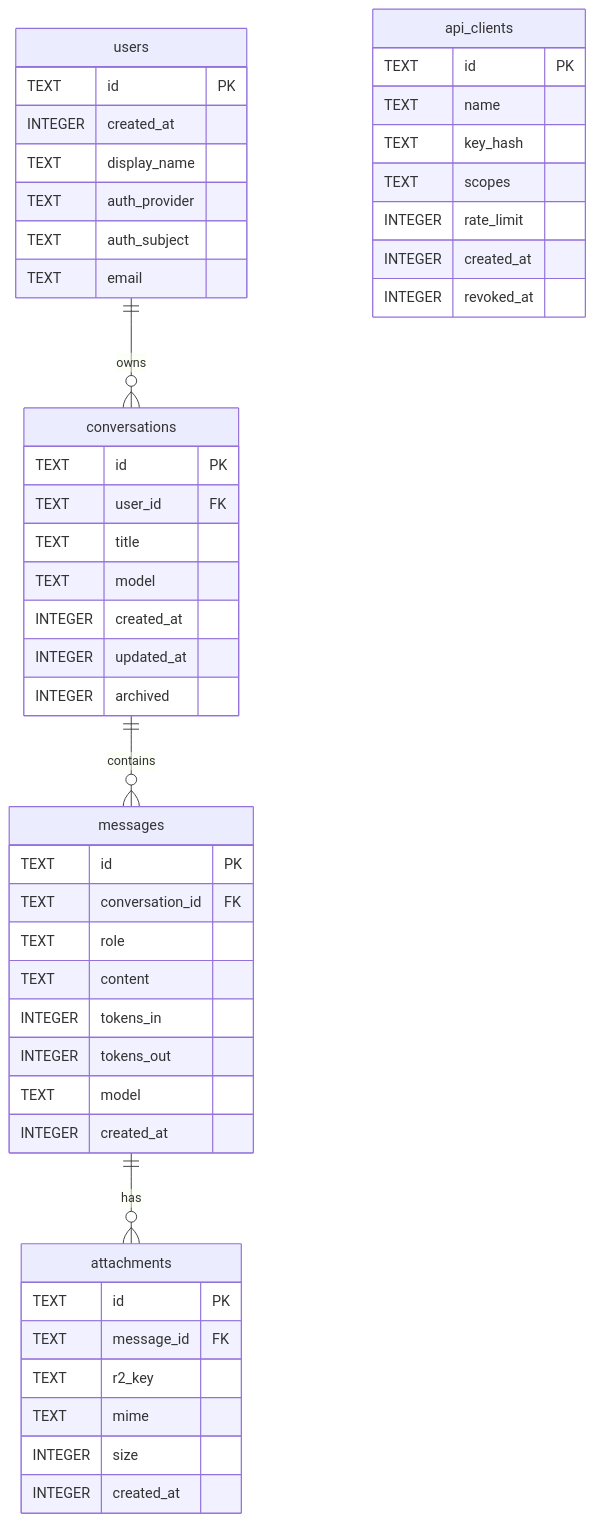
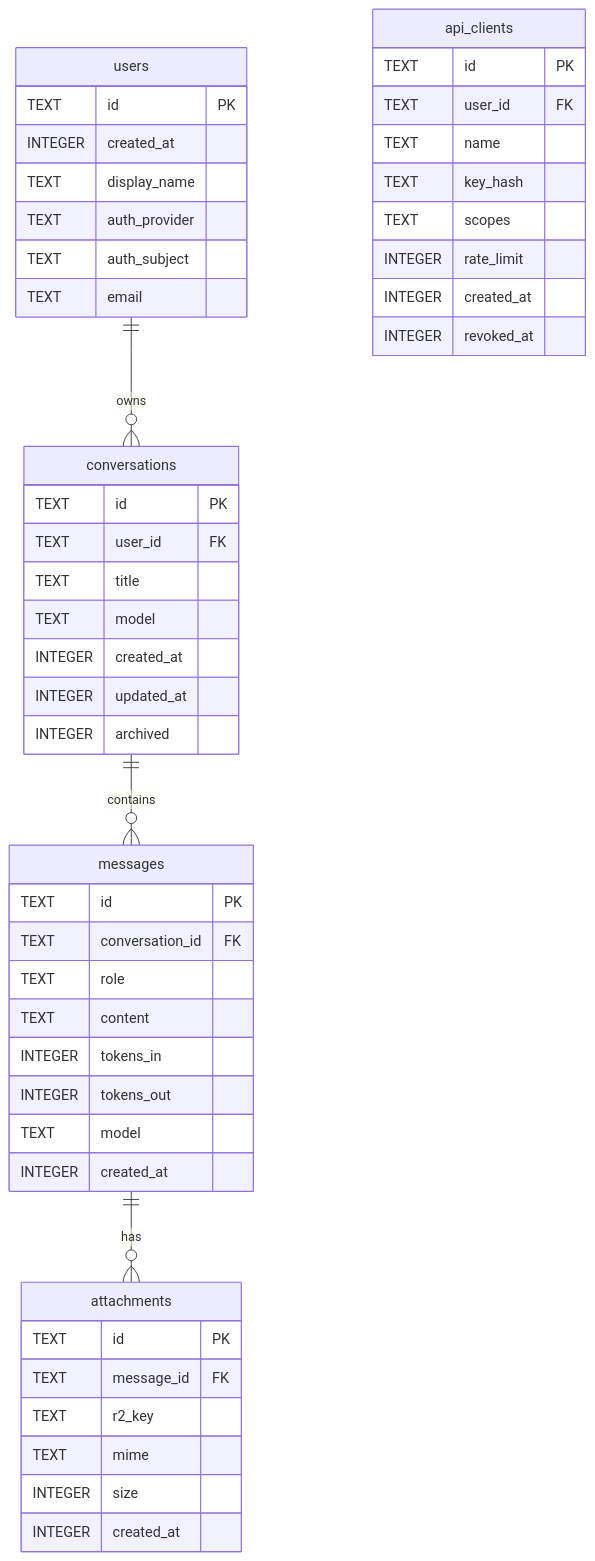
One commit to agents-sdk-space/devstack.bid changed the diagram in docs/architecture/chat-data-model.md. Above: the diagram before and after it, drawn with Mermaid. The commit also changed other lines of this file and 18 other files, not shown here.

````diff
--- a/docs/architecture/chat-data-model.md
+++ b/docs/architecture/chat-data-model.md
@@ -16,50 +16,51 @@
 ```mermaid
 erDiagram
   users ||--o{ conversations : owns
   conversations ||--o{ messages : contains
   messages ||--o{ attachments : has
   users {
     TEXT id PK
     INTEGER created_at
     TEXT display_name
     TEXT auth_provider
     TEXT auth_subject
     TEXT email
   }
   conversations {
     TEXT id PK
     TEXT user_id FK
     TEXT title
     TEXT model
     INTEGER created_at
     INTEGER updated_at
     INTEGER archived
   }
   messages {
     TEXT id PK
     TEXT conversation_id FK
     TEXT role
     TEXT content
     INTEGER tokens_in
     INTEGER tokens_out
     TEXT model
     INTEGER created_at
   }
   attachments {
     TEXT id PK
     TEXT message_id FK
     TEXT r2_key
     TEXT mime
     INTEGER size
     INTEGER created_at
   }
   api_clients {
     TEXT id PK
+    TEXT user_id FK
     TEXT name
     TEXT key_hash
     TEXT scopes
     INTEGER rate_limit
     INTEGER created_at
     INTEGER revoked_at
   }
 ```
````
